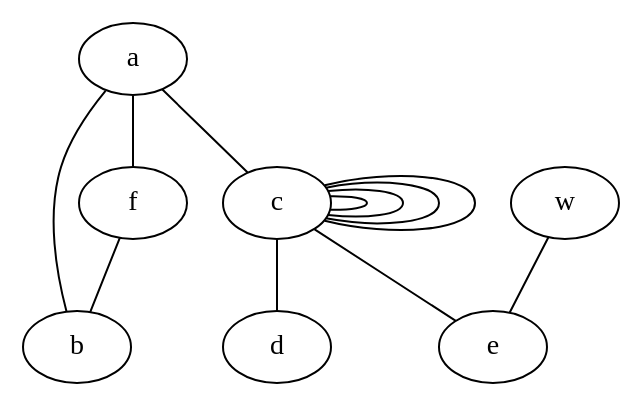
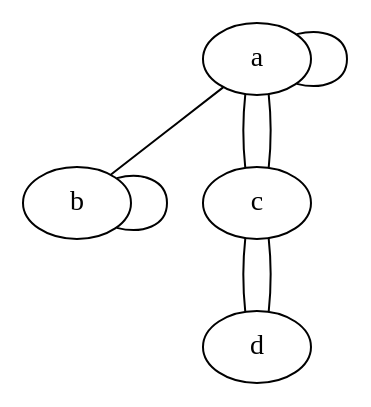
Before and after one commit to hideaki-san/grafos: the diagram in fundamentos_grafos/completok4.dot, drawn with Graphviz. The commit also changed 2 other files, not shown here.

```diff
--- a/fundamentos_grafos/completok4.dot
+++ b/fundamentos_grafos/completok4.dot
@@ -1,14 +1,10 @@
 graph
   {
   a -- b;
+  a -- a;
+  b -- b;
+  a -- c;
+  d -- c;
   c -- d;
-  c -- c;
   a -- c;
-  c -- e;
-  w -- e;
-  a -- f;
-  f -- b;
-  c -- c;
-  c -- c;
-  c -- c;
   }
```
